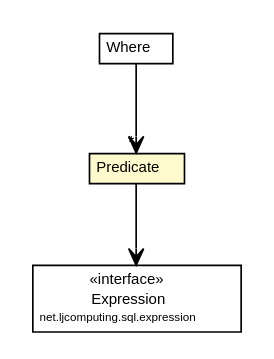
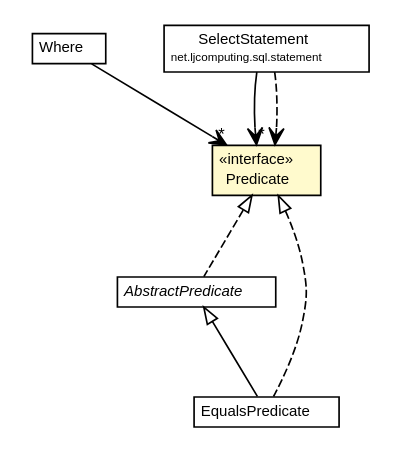
The diagram in docs/javadoc/apidocs/net/ljcomputing/sql/clause/Predicate.dot (willmorejg/net.ljcomputing.sql), drawn with Graphviz before and after one commit. The commit also changed 147 other files, not shown here.

Commit message:
Added select statement.

```diff
--- a/docs/javadoc/apidocs/net/ljcomputing/sql/clause/Predicate.dot
+++ b/docs/javadoc/apidocs/net/ljcomputing/sql/clause/Predicate.dot
@@ -1,36 +1,56 @@
 #!/usr/local/bin/dot
 #
 # Class diagram 
 # Generated by UMLGraph version R5_6 (http://www.umlgraph.org/)
 #
 
 digraph G {
 	edge [fontname="Helvetica",fontsize=10,labelfontname="Helvetica",labelfontsize=10];
 	node [fontname="Helvetica",fontsize=10,shape=plaintext];
 	nodesep=0.25;
 	ranksep=0.5;
+	// net.ljcomputing.sql.clause.AbstractPredicate
+	c533 [label=<<table title="net.ljcomputing.sql.clause.AbstractPredicate" border="0" cellborder="1" cellspacing="0" cellpadding="2" port="p" href="./AbstractPredicate.html">
+		<tr><td><table border="0" cellspacing="0" cellpadding="1">
+<tr><td align="center" balign="center"><font face="Helvetica-Oblique"> AbstractPredicate </font></td></tr>
+		</table></td></tr>
+		</table>>, URL="./AbstractPredicate.html", fontname="Helvetica", fontcolor="black", fontsize=9.0];
 	// net.ljcomputing.sql.clause.Where
-	c385 [label=<<table title="net.ljcomputing.sql.clause.Where" border="0" cellborder="1" cellspacing="0" cellpadding="2" port="p" href="./Where.html">
+	c535 [label=<<table title="net.ljcomputing.sql.clause.Where" border="0" cellborder="1" cellspacing="0" cellpadding="2" port="p" href="./Where.html">
 		<tr><td><table border="0" cellspacing="0" cellpadding="1">
 <tr><td align="center" balign="center"> Where </td></tr>
 		</table></td></tr>
 		</table>>, URL="./Where.html", fontname="Helvetica", fontcolor="black", fontsize=9.0];
+	// net.ljcomputing.sql.clause.EqualsPredicate
+	c538 [label=<<table title="net.ljcomputing.sql.clause.EqualsPredicate" border="0" cellborder="1" cellspacing="0" cellpadding="2" port="p" href="./EqualsPredicate.html">
+		<tr><td><table border="0" cellspacing="0" cellpadding="1">
+<tr><td align="center" balign="center"> EqualsPredicate </td></tr>
+		</table></td></tr>
+		</table>>, URL="./EqualsPredicate.html", fontname="Helvetica", fontcolor="black", fontsize=9.0];
 	// net.ljcomputing.sql.clause.Predicate
-	c388 [label=<<table title="net.ljcomputing.sql.clause.Predicate" border="0" cellborder="1" cellspacing="0" cellpadding="2" port="p" bgcolor="lemonChiffon" href="./Predicate.html">
+	c539 [label=<<table title="net.ljcomputing.sql.clause.Predicate" border="0" cellborder="1" cellspacing="0" cellpadding="2" port="p" bgcolor="lemonChiffon" href="./Predicate.html">
 		<tr><td><table border="0" cellspacing="0" cellpadding="1">
+<tr><td align="center" balign="center"> &#171;interface&#187; </td></tr>
 <tr><td align="center" balign="center"> Predicate </td></tr>
 		</table></td></tr>
 		</table>>, URL="./Predicate.html", fontname="Helvetica", fontcolor="black", fontsize=9.0];
-	// net.ljcomputing.sql.expression.Expression
-	c392 [label=<<table title="net.ljcomputing.sql.expression.Expression" border="0" cellborder="1" cellspacing="0" cellpadding="2" port="p" href="../expression/Expression.html">
+	// net.ljcomputing.sql.statement.SelectStatement
+	c543 [label=<<table title="net.ljcomputing.sql.statement.SelectStatement" border="0" cellborder="1" cellspacing="0" cellpadding="2" port="p" href="../statement/SelectStatement.html">
 		<tr><td><table border="0" cellspacing="0" cellpadding="1">
-<tr><td align="center" balign="center"> &#171;interface&#187; </td></tr>
-<tr><td align="center" balign="center"> Expression </td></tr>
-<tr><td align="center" balign="center"><font point-size="7.0"> net.ljcomputing.sql.expression </font></td></tr>
+<tr><td align="center" balign="center"> SelectStatement </td></tr>
+<tr><td align="center" balign="center"><font point-size="7.0"> net.ljcomputing.sql.statement </font></td></tr>
 		</table></td></tr>
-		</table>>, URL="../expression/Expression.html", fontname="Helvetica", fontcolor="black", fontsize=9.0];
+		</table>>, URL="../statement/SelectStatement.html", fontname="Helvetica", fontcolor="black", fontsize=9.0];
+	//net.ljcomputing.sql.clause.AbstractPredicate implements net.ljcomputing.sql.clause.Predicate
+	c539:p -> c533:p [dir=back,arrowtail=empty,style=dashed];
+	//net.ljcomputing.sql.clause.EqualsPredicate extends net.ljcomputing.sql.clause.AbstractPredicate
+	c533:p -> c538:p [dir=back,arrowtail=empty];
+	//net.ljcomputing.sql.clause.EqualsPredicate implements net.ljcomputing.sql.clause.Predicate
+	c539:p -> c538:p [dir=back,arrowtail=empty,style=dashed];
 	// net.ljcomputing.sql.clause.Where NAVASSOC net.ljcomputing.sql.clause.Predicate
-	c385:p -> c388:p [taillabel="", label="", headlabel="*", fontname="Helvetica", fontcolor="black", fontsize=10.0, color="black", arrowhead=open];
-	// net.ljcomputing.sql.clause.Predicate NAVASSOC net.ljcomputing.sql.expression.Expression
-	c388:p -> c392:p [taillabel="", label="", headlabel="", fontname="Helvetica", fontcolor="black", fontsize=10.0, color="black", arrowhead=open];
+	c535:p -> c539:p [taillabel="", label="", headlabel="*", fontname="Helvetica", fontcolor="black", fontsize=10.0, color="black", arrowhead=open];
+	// net.ljcomputing.sql.statement.SelectStatement NAVASSOC net.ljcomputing.sql.clause.Predicate
+	c543:p -> c539:p [taillabel="", label="", headlabel="*", fontname="Helvetica", fontcolor="black", fontsize=10.0, color="black", arrowhead=open];
+	// net.ljcomputing.sql.statement.SelectStatement DEPEND net.ljcomputing.sql.clause.Predicate
+	c543:p -> c539:p [taillabel="", label="", headlabel="", fontname="Helvetica", fontcolor="black", fontsize=10.0, color="black", arrowhead=open, style=dashed];
 }
```
